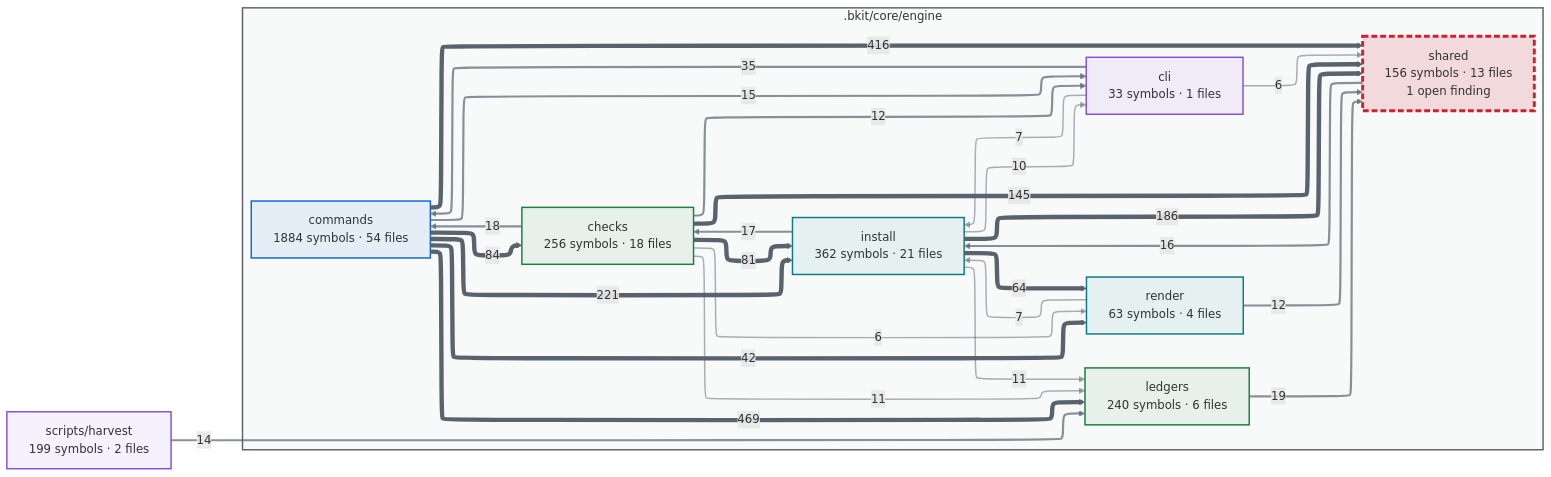
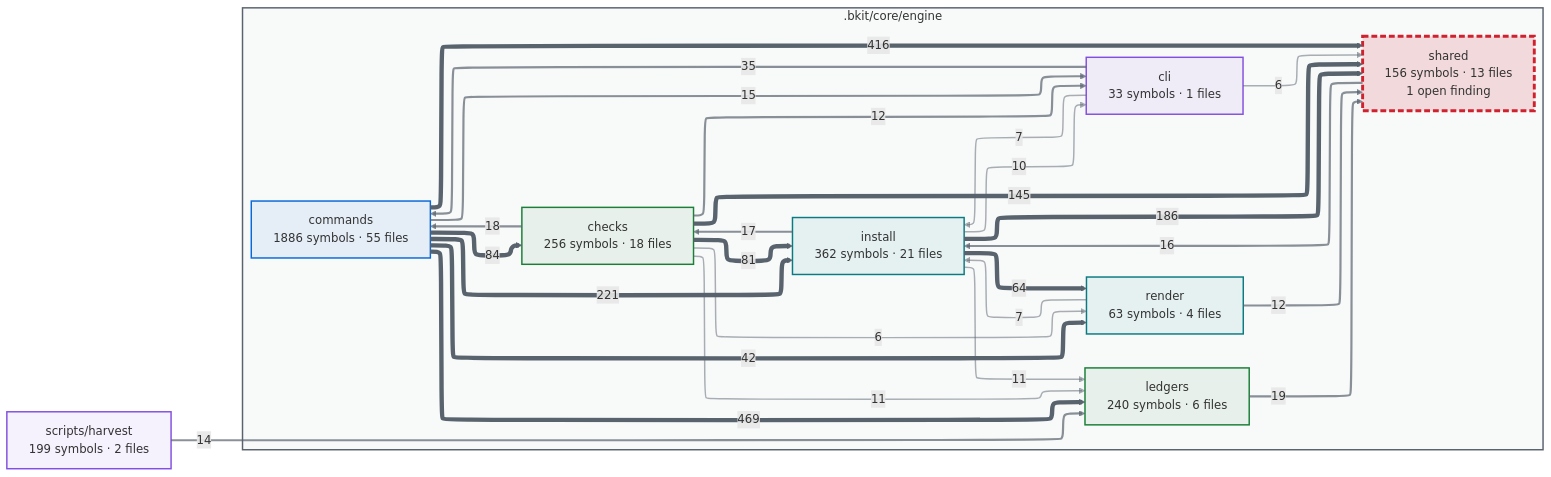
Before and after one commit to cbartens/bkit: the first of 2 diagrams in docs/capabilities.md, drawn with Mermaid. The commit also changed other lines of this file and 114 other files, not shown here.

````diff
--- a/docs/capabilities.md
+++ b/docs/capabilities.md
@@ -154,80 +154,80 @@
 ```mermaid
 ---
 config:
   layout: elk
   themeCSS: "marker { overflow: visible; } marker path { transform: scale(1.8); transform-origin: 5px 5px; }"
   flowchart:
     useMaxWidth: false
 ---
 flowchart LR
   %% Generated by bkit-graphify-rollup.py — do not edit
   subgraph gn_bkit_core_engine[".bkit/core/engine"]
     n_bkit_core_engine_checks["checks<br/>256 symbols · 18 files"]
     n_bkit_core_engine_cli["cli<br/>33 symbols · 1 files"]
-    n_bkit_core_engine_commands["commands<br/>1884 symbols · 54 files"]
+    n_bkit_core_engine_commands["commands<br/>1886 symbols · 55 files"]
     n_bkit_core_engine_install["install<br/>362 symbols · 21 files"]
     n_bkit_core_engine_ledgers["ledgers<br/>240 symbols · 6 files"]
     n_bkit_core_engine_render["render<br/>63 symbols · 4 files"]
     n_bkit_core_engine_shared["shared<br/>156 symbols · 13 files<br/>1 open finding"]
   end
   nscripts_harvest["scripts/harvest<br/>199 symbols · 2 files"]
   n_bkit_core_engine_commands -->|469| n_bkit_core_engine_ledgers
   n_bkit_core_engine_commands -->|416| n_bkit_core_engine_shared
   n_bkit_core_engine_commands -->|221| n_bkit_core_engine_install
   n_bkit_core_engine_install -->|186| n_bkit_core_engine_shared
   n_bkit_core_engine_checks -->|145| n_bkit_core_engine_shared
   n_bkit_core_engine_commands -->|84| n_bkit_core_engine_checks
   n_bkit_core_engine_checks -->|81| n_bkit_core_engine_install
   n_bkit_core_engine_install -->|64| n_bkit_core_engine_render
   n_bkit_core_engine_commands -->|42| n_bkit_core_engine_render
   n_bkit_core_engine_cli -->|35| n_bkit_core_engine_commands
   n_bkit_core_engine_ledgers -->|19| n_bkit_core_engine_shared
   n_bkit_core_engine_checks -->|18| n_bkit_core_engine_commands
   n_bkit_core_engine_install -->|17| n_bkit_core_engine_checks
   n_bkit_core_engine_shared -->|16| n_bkit_core_engine_install
   n_bkit_core_engine_commands -->|15| n_bkit_core_engine_cli
   nscripts_harvest -->|14| n_bkit_core_engine_ledgers
   n_bkit_core_engine_checks -->|12| n_bkit_core_engine_cli
   n_bkit_core_engine_render -->|12| n_bkit_core_engine_shared
   n_bkit_core_engine_checks -->|11| n_bkit_core_engine_ledgers
   n_bkit_core_engine_install -->|11| n_bkit_core_engine_ledgers
   n_bkit_core_engine_install -->|10| n_bkit_core_engine_cli
   n_bkit_core_engine_cli -->|7| n_bkit_core_engine_install
   n_bkit_core_engine_render -->|7| n_bkit_core_engine_install
   n_bkit_core_engine_checks -->|6| n_bkit_core_engine_render
   n_bkit_core_engine_cli -->|6| n_bkit_core_engine_shared
   style gn_bkit_core_engine fill:#59636e0a,stroke:#59636e,stroke-width:2px
   style n_bkit_core_engine_checks stroke:#1a7f37,stroke-width:2px,fill:#1a7f3714
   style n_bkit_core_engine_cli stroke:#8250df,stroke-width:2px,fill:#8250df14
   style n_bkit_core_engine_commands stroke:#0969da,stroke-width:2px,fill:#0969da14
   style n_bkit_core_engine_install stroke:#0a7b83,stroke-width:2px,fill:#0a7b8314
   style n_bkit_core_engine_ledgers stroke:#1a7f37,stroke-width:2px,fill:#1a7f3714
   style n_bkit_core_engine_render stroke:#0a7b83,stroke-width:2px,fill:#0a7b8314
   style n_bkit_core_engine_shared stroke:#cf222e,stroke-width:4px,stroke-dasharray:8 4,fill:#cf222e26
   style nscripts_harvest stroke:#8250df,stroke-width:2px,fill:#8250df14
   linkStyle 0 stroke:#59636e,stroke-width:6px
   linkStyle 1 stroke:#59636e,stroke-width:6px
   linkStyle 2 stroke:#59636e,stroke-width:6px
   linkStyle 3 stroke:#59636e,stroke-width:6px
   linkStyle 4 stroke:#59636e,stroke-width:6px
   linkStyle 5 stroke:#59636e,stroke-width:6px
   linkStyle 6 stroke:#59636e,stroke-width:6px
   linkStyle 7 stroke:#59636e,stroke-width:6px
   linkStyle 8 stroke:#59636e,stroke-width:6px
   linkStyle 9 stroke:#59636eb3,stroke-width:3px
   linkStyle 10 stroke:#59636eb3,stroke-width:3px
   linkStyle 11 stroke:#59636eb3,stroke-width:3px
   linkStyle 12 stroke:#59636eb3,stroke-width:3px
   linkStyle 13 stroke:#59636eb3,stroke-width:3px
   linkStyle 14 stroke:#59636eb3,stroke-width:3px
   linkStyle 15 stroke:#59636eb3,stroke-width:3px
   linkStyle 16 stroke:#59636eb3,stroke-width:3px
   linkStyle 17 stroke:#59636eb3,stroke-width:3px
   linkStyle 18 stroke:#59636e80,stroke-width:2px
   linkStyle 19 stroke:#59636e80,stroke-width:2px
   linkStyle 20 stroke:#59636e80,stroke-width:2px
   linkStyle 21 stroke:#59636e80,stroke-width:2px
   linkStyle 22 stroke:#59636e80,stroke-width:2px
   linkStyle 23 stroke:#59636e80,stroke-width:2px
   linkStyle 24 stroke:#59636e80,stroke-width:2px
 ```
````
